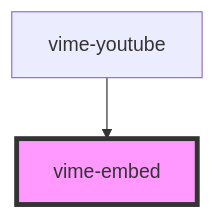
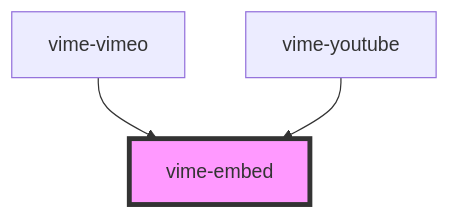
Before and after one commit to vime-js/vime: the diagram in packages/core/src/components/core/embed/readme.md, drawn with Mermaid. The commit also changed other lines of this file and 32 other files, not shown here.

````diff
--- a/packages/core/src/components/core/embed/readme.md
+++ b/packages/core/src/components/core/embed/readme.md
@@ -49,5 +51,6 @@
 ```mermaid
 graph TD;
+  vime-vimeo --> vime-embed
   vime-youtube --> vime-embed
   style vime-embed fill:#f9f,stroke:#333,stroke-width:4px
 ```
````
